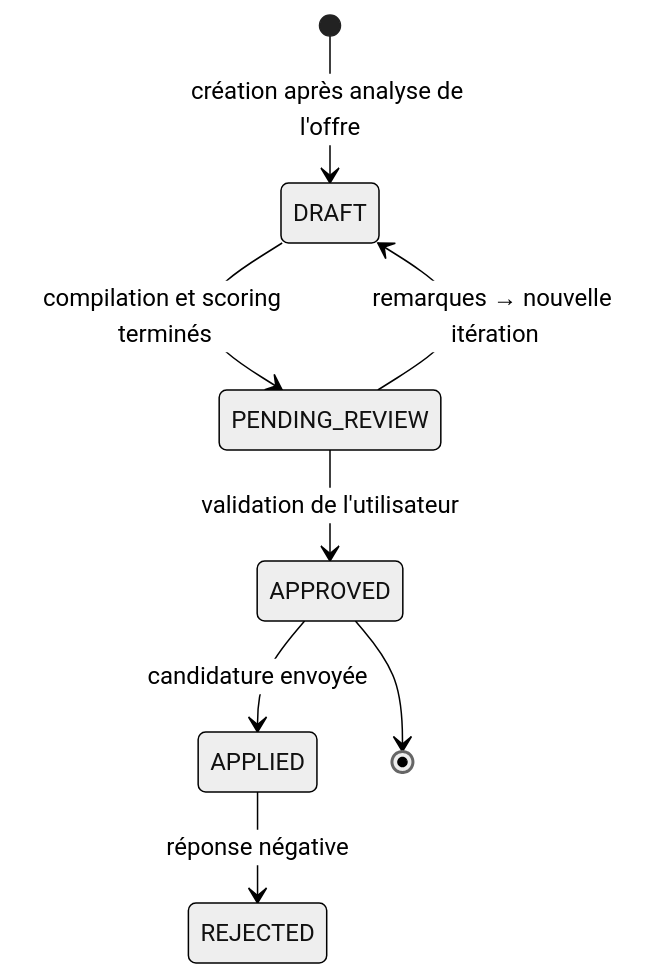
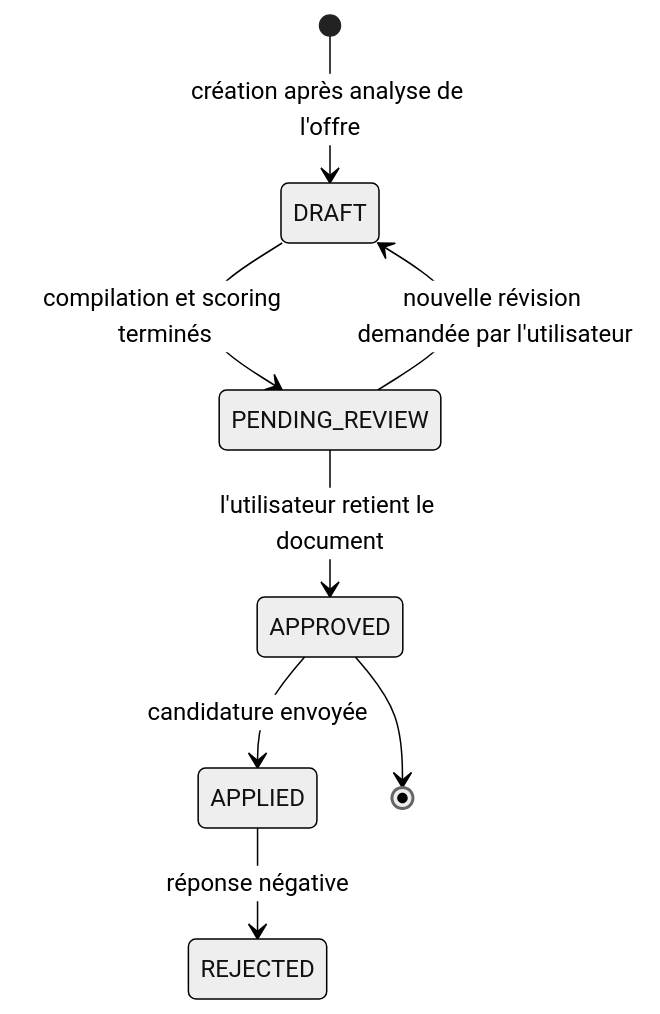
One commit to YounessHassoune/cv-agent changed the sixth of 9 diagrams in docs/memoire-pfe.md. Above: the diagram before and after it, drawn with Mermaid (neutral theme). The commit also changed other lines of this file and 23 other files, not shown here.

````diff
--- a/docs/memoire-pfe.md
+++ b/docs/memoire-pfe.md
@@ -457,10 +615,10 @@
 ```mermaid
 stateDiagram-v2
     [*] --> DRAFT: création après analyse de l'offre
     DRAFT --> PENDING_REVIEW: compilation et scoring terminés
-    PENDING_REVIEW --> APPROVED: validation de l'utilisateur
-    PENDING_REVIEW --> DRAFT: remarques → nouvelle itération
+    PENDING_REVIEW --> DRAFT: nouvelle révision demandée par l'utilisateur
+    PENDING_REVIEW --> APPROVED: l'utilisateur retient le document
     APPROVED --> APPLIED: candidature envoyée
     APPLIED --> REJECTED: réponse négative
     APPROVED --> [*]
 ```
````
